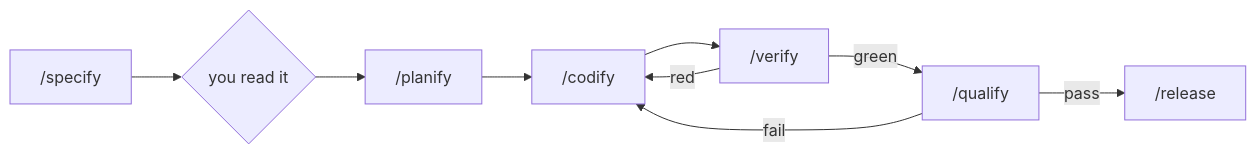
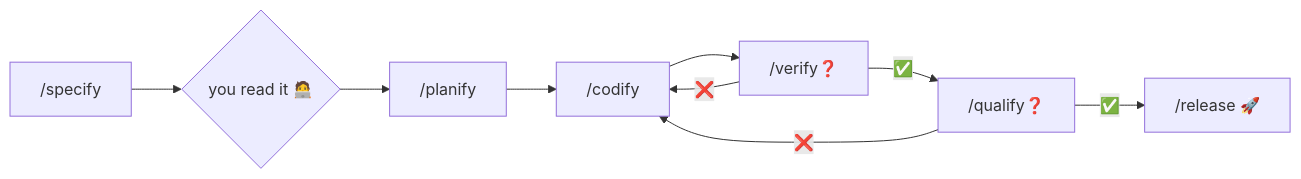
Before and after one commit to AlbertoBasalo/aiddbot-com: the third of 4 diagrams in src/content/docs/workflow.md, drawn with Mermaid. The commit also changed other lines of this file and 120 other files, not shown here.

````diff
--- a/src/content/docs/workflow.md
+++ b/src/content/docs/workflow.md
@@ -70,11 +69,11 @@
 ```mermaid
 flowchart LR
-  SPEC["/specify"] --> CHK{you read it}
+  SPEC["/specify"] --> CHK{you read it 🧑‍💻}
   CHK --> PLAN["/planify"]
   PLAN --> CODE["/codify"]
-  CODE --> VER["/verify"]
-  VER -->|red| CODE
-  VER -->|green| QLF["/qualify"]
-  QLF -->|fail| CODE
-  QLF -->|pass| REL["/release"]
+  CODE --> VER["/verify❓"]
+  VER -->|❌| CODE
+  VER -->|✅| QLF["/qualify❓"]
+  QLF -->|❌| CODE
+  QLF -->|✅| REL["/release 🚀"]
 ```
````
